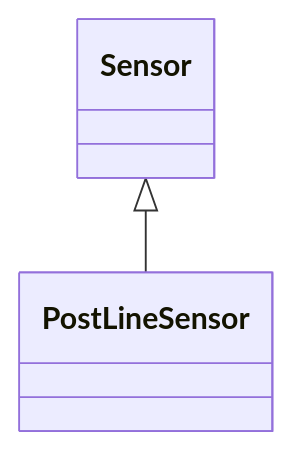
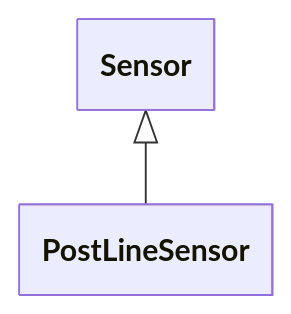
Before and after one commit to cim-cgmes/cim-cgmes.github.io: the diagram in pages/docs/Classes/PostLineSensor.md, drawn with Mermaid. The commit also changed 561 other files, not shown here.

````diff
--- a/pages/docs/Classes/PostLineSensor.md
+++ b/pages/docs/Classes/PostLineSensor.md
@@ -7,4 +7,10 @@
 ```mermaid
+---
+  config:
+    class:
+      hideEmptyMembersBox: true
+---
 classDiagram
     Sensor <|-- PostLineSensor
+    click Sensor href "Sensor"
 ```
````
